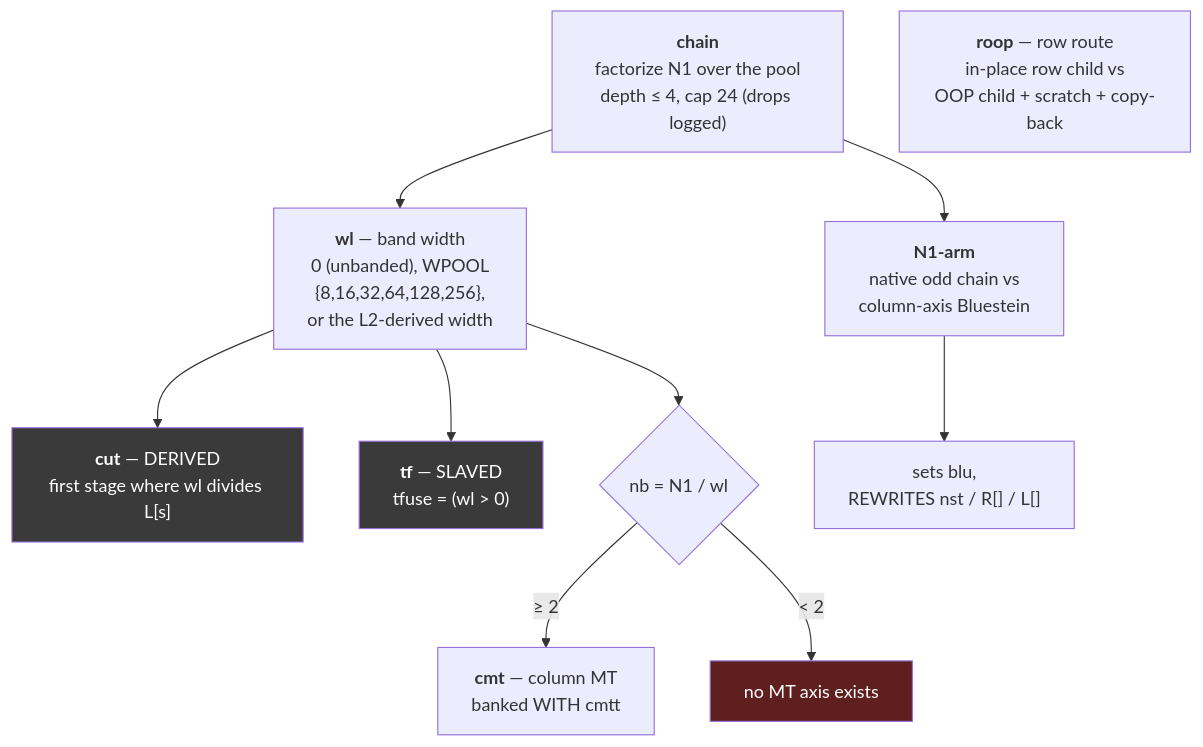
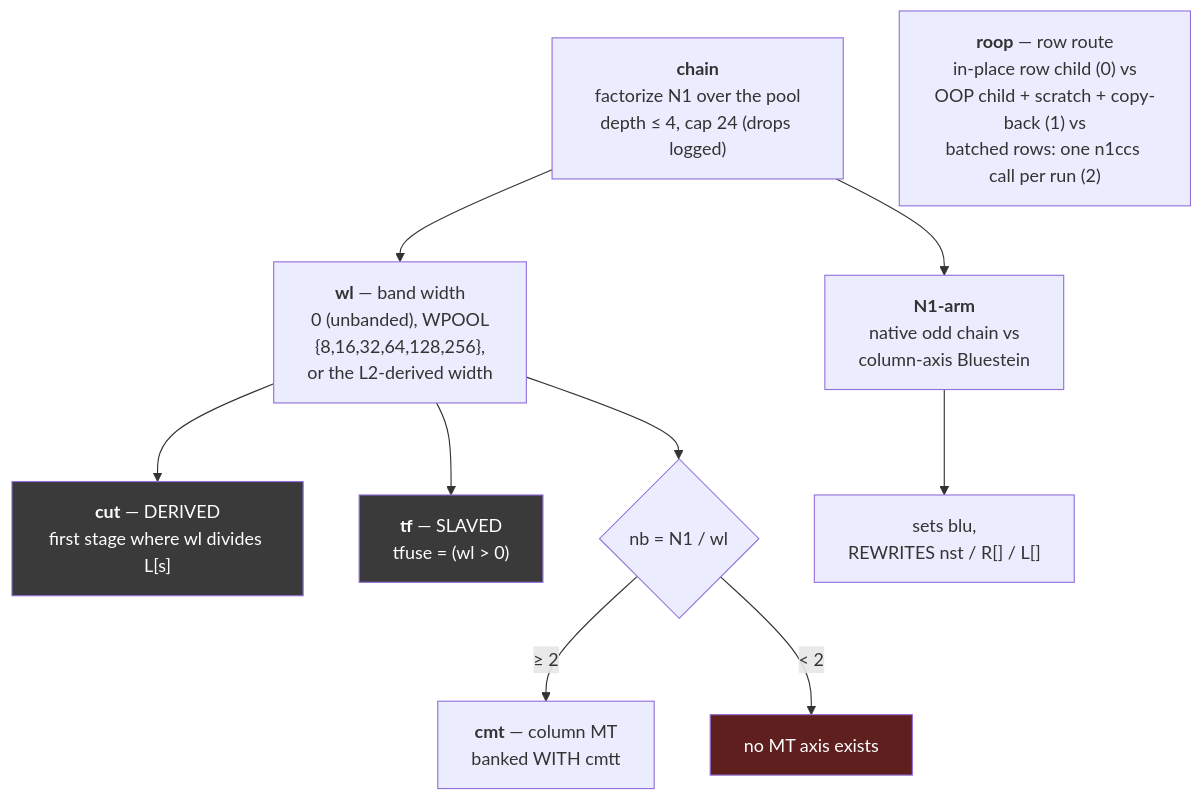
One commit to Tugbars/VectorFFT changed the eighth of 14 diagrams in docs/design/planning_model.md. Above: the diagram before and after it, drawn with Mermaid. The commit also changed 89 other files, not shown here.

First line of the commit message:
2D IL c2c: batched row route (n1ccs kernels, ro=2) and the pow2 grid group

````diff
--- a/docs/design/planning_model.md
+++ b/docs/design/planning_model.md
@@ -648,16 +648,16 @@
 ```mermaid
 flowchart TD
     CH["<b>chain</b><br/>factorize N1 over the pool<br/>depth &le; 4, cap 24 (drops logged)"] --> WL["<b>wl</b> — band width<br/>0 (unbanded), WPOOL<br/>{8,16,32,64,128,256},<br/>or the L2-derived width"]
     WL --> CUT["<b>cut</b> — DERIVED<br/>first stage where wl divides L[s]"]
     WL --> TF["<b>tf</b> — SLAVED<br/>tfuse = (wl &gt; 0)"]
     WL --> NB{"nb = N1 / wl"}
     NB -->|"&ge; 2"| CMT["<b>cmt</b> — column MT<br/>banked WITH cmtt"]
     NB -->|"&lt; 2"| NOMT["no MT axis exists"]
     CH --> N1A["<b>N1-arm</b><br/>native odd chain vs<br/>column-axis Bluestein"]
     N1A --> BLU["sets blu,<br/>REWRITES nst / R[] / L[]"]
-    ROOP["<b>roop</b> — row route<br/>in-place row child vs<br/>OOP child + scratch + copy-back"]
+    ROOP["<b>roop</b> — row route<br/>in-place row child (0) vs<br/>OOP child + scratch + copy-back (1) vs<br/>batched rows: one n1ccs call per run (2)"]
 
     style NOMT fill:#5f1f1f,color:#fff
     style CUT fill:#3a3a3a,color:#fff
     style TF fill:#3a3a3a,color:#fff
 ```
````
